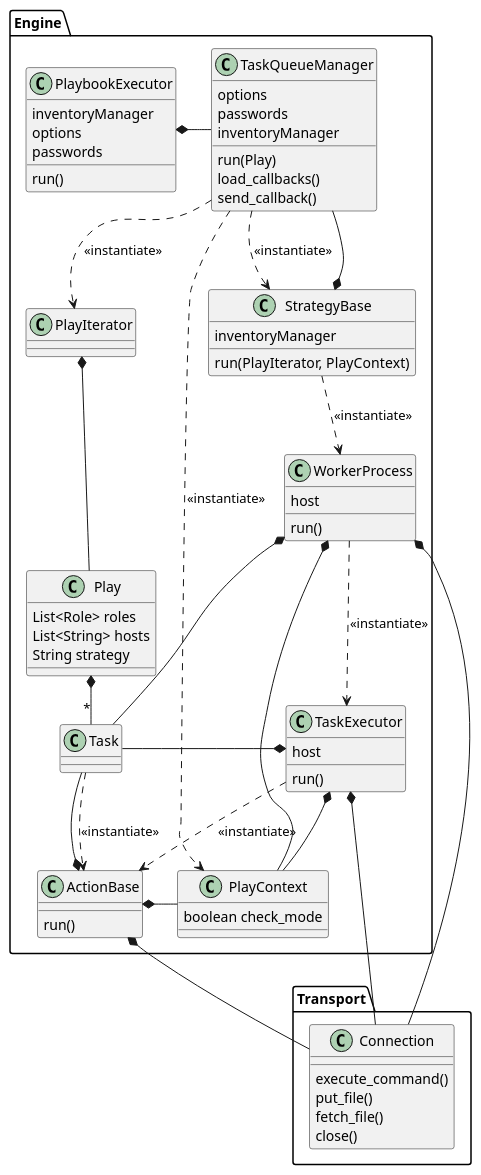
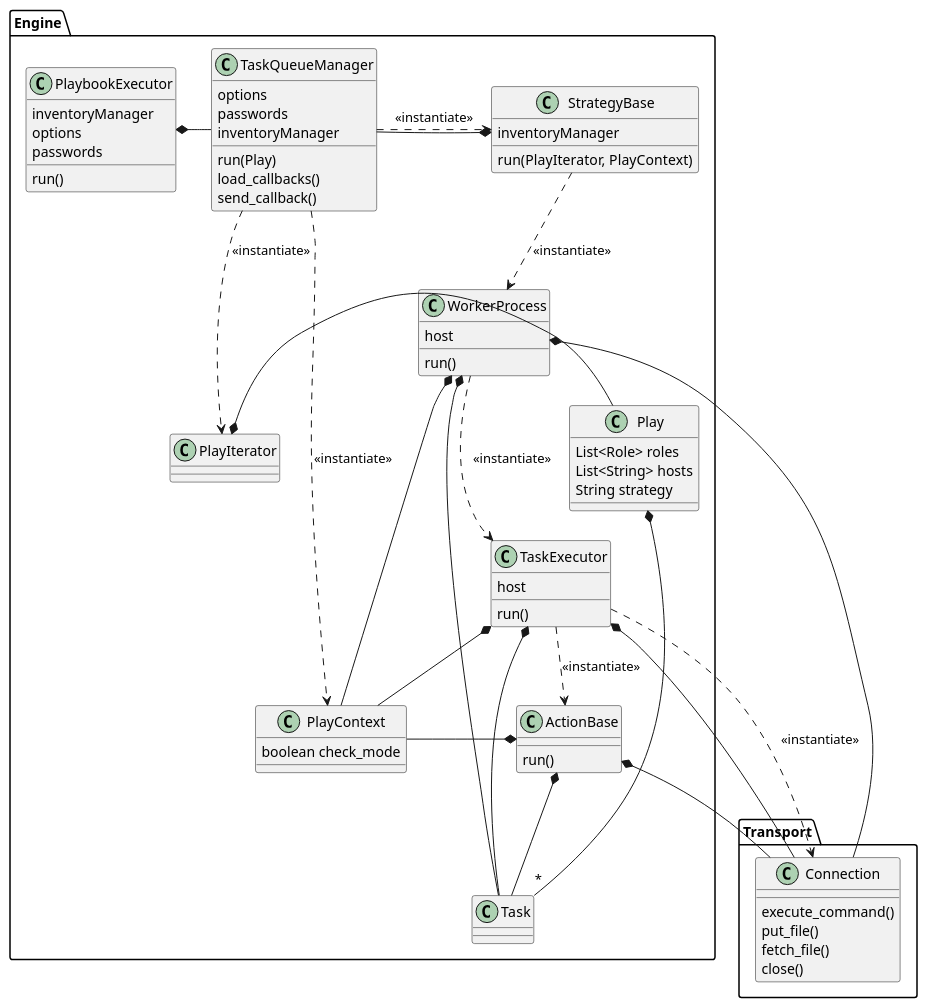
Before and after one commit to ezequiels/nazz: the diagram in project/uml/engine.puml, drawn with PlantUML. The commit also changed 1 other file, not shown here.

Commit message:
Diagram updates.

```diff
--- a/project/uml/engine.puml
+++ b/project/uml/engine.puml
@@ -1,75 +1,75 @@
 @startuml
 
 package Transport {
     class Connection
     Connection : execute_command()
     Connection : put_file()
     Connection : fetch_file()
     Connection : close()
 }
 
 Package Engine {
     class PlaybookExecutor
     PlaybookExecutor : inventoryManager
     PlaybookExecutor : options
     PlaybookExecutor : passwords
     PlaybookExecutor : run()
     PlaybookExecutor *- TaskQueueManager
 
     class StrategyBase
     StrategyBase : run(PlayIterator, PlayContext)
     StrategyBase ..> WorkerProcess : <<instantiate>>
     StrategyBase : inventoryManager
     StrategyBase *-- TaskQueueManager
 
     class TaskQueueManager
     TaskQueueManager : options
     TaskQueueManager : passwords
     TaskQueueManager : run(Play)
     TaskQueueManager : load_callbacks()
     TaskQueueManager : send_callback()
-    TaskQueueManager ..> StrategyBase : <<instantiate>>
+    TaskQueueManager .> StrategyBase : <<instantiate>>
     TaskQueueManager ..> PlayIterator : <<instantiate>>
     TaskQueueManager ..> PlayContext : <<instantiate>>
     TaskQueueManager : inventoryManager
 
     class Play
     Play : List<Role> roles
     Play : List<String> hosts
-    Play *- "*" Task
+    Play *-- "*" Task
     Play : String strategy
 
     class PlayContext
     PlayContext : boolean check_mode
 
     class Task
-    Task ..> ActionBase : <<instantiate>>
 
     class ActionBase
     ActionBase *-- Task
     ActionBase *- PlayContext
     ActionBase *- Connection
     ActionBase : run()
 
 
     class TaskExecutor
     TaskExecutor : run()
     TaskExecutor : host
     TaskExecutor *- Task
     TaskExecutor *-- PlayContext
     TaskExecutor *--- Connection
+    TaskExecutor ..> Connection : <<instantiate>>
     TaskExecutor ..> ActionBase : <<instantiate>>
 
     class PlayIterator
-    PlayIterator *-- Play
+    PlayIterator *- Play
 
     class WorkerProcess
     WorkerProcess : run()
     WorkerProcess : host
     WorkerProcess *- Task
     WorkerProcess *-- PlayContext
     WorkerProcess *- Connection
     WorkerProcess ..> TaskExecutor : <<instantiate>>
 }
 
 @enduml
```
